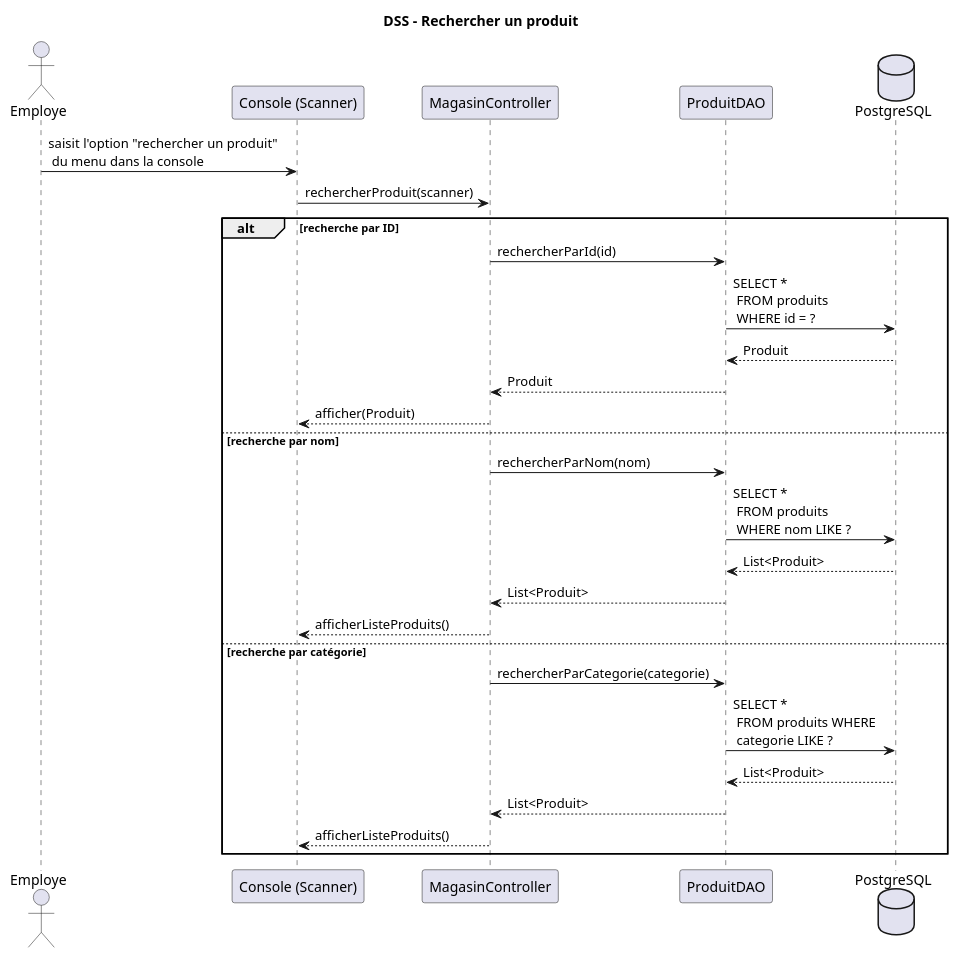
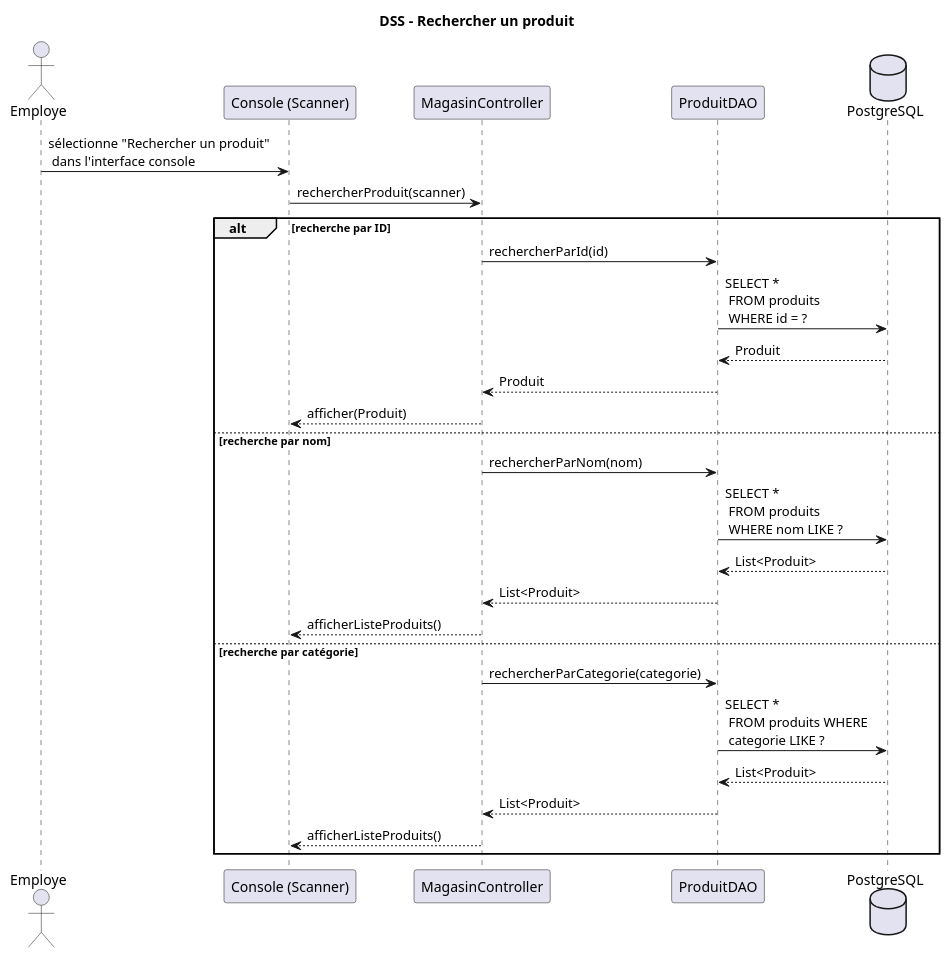
The diagram in docs/diagrams/dss/rechercherProduit.puml (SlitherinSnake/tp0-1-2-log430), drawn with PlantUML before and after one commit. The commit also changed 2 other files, not shown here.

```diff
--- a/docs/diagrams/dss/rechercherProduit.puml
+++ b/docs/diagrams/dss/rechercherProduit.puml
@@ -1,55 +1,55 @@
 @startuml
 title DSS – Rechercher un produit
 
 ' === Acteurs et composants impliqués ===
 ' L'utilisateur humain (l'employé)
 actor Employe
 ' Interface console qui lit la saisie
 participant "Console (Scanner)" as Console
 ' Contrôleur principal qui orchestre les actions
 participant "MagasinController" as Controller
 ' DAO qui accède à la BD via Hibernate
 participant "ProduitDAO" as DAO
 ' Base de données relationnelle utilisée (via Hibernate)
 database "PostgreSQL"
 
 ' === Début du scénario ===
-Employe -> Console : saisit l'option "rechercher un produit" \n du menu dans la console
-' L’utilisateur interagit avec la console pour choisir un type de recherche (ID, nom, ou catégorie)
+' L’utilisateur interagit avec la console pour choisir l'option de recherche de produit (ID, nom, ou catégorie)
+Employe -> Console : sélectionne "Rechercher un produit" \n dans l'interface console
 
+' La console appelle le contrôleur avec un Scanner comme paramètre
 Console -> Controller : rechercherProduit(scanner)
-' La console appelle la méthode du contrôleur avec un Scanner en paramètre
 
 ' === Cas 1 : recherche par identifiant ===
 alt recherche par ID
     Controller -> DAO : rechercherParId(id)
     ' Le contrôleur transmet la requête au DAO (selon le choix 1)
     
     DAO -> PostgreSQL : SELECT * \n FROM produits \n WHERE id = ?
     ' Hibernate génère une requête SQL pour chercher un produit selon son identifiant
     
     PostgreSQL --> DAO : Produit
     ' La base renvoie un objet produit correspondant
     
     DAO --> Controller : Produit
     Controller --> Console : afficher(Produit)
     ' Le produit trouvé est affiché dans la console
 
 ' === Cas 2 : recherche par nom (mot-clé) ===
 else recherche par nom
     Controller -> DAO : rechercherParNom(nom)
     DAO -> PostgreSQL : SELECT * \n FROM produits \n WHERE nom LIKE ?
     PostgreSQL --> DAO : List<Produit>
     DAO --> Controller : List<Produit>
     Controller --> Console : afficherListeProduits()
     ' Plusieurs produits peuvent correspondre, la liste est affichée
 
 ' === Cas 3 : recherche par catégorie ===
 else recherche par catégorie
     Controller -> DAO : rechercherParCategorie(categorie)
     DAO -> PostgreSQL : SELECT * \n FROM produits WHERE \n categorie LIKE ?
     PostgreSQL --> DAO : List<Produit>
     DAO --> Controller : List<Produit>
     Controller --> Console : afficherListeProduits()
 end
 @enduml
```
